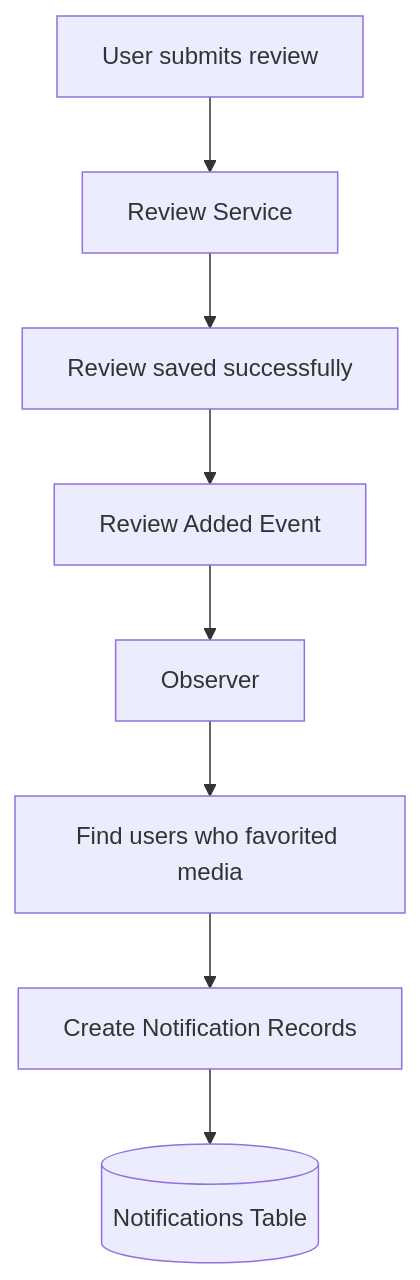
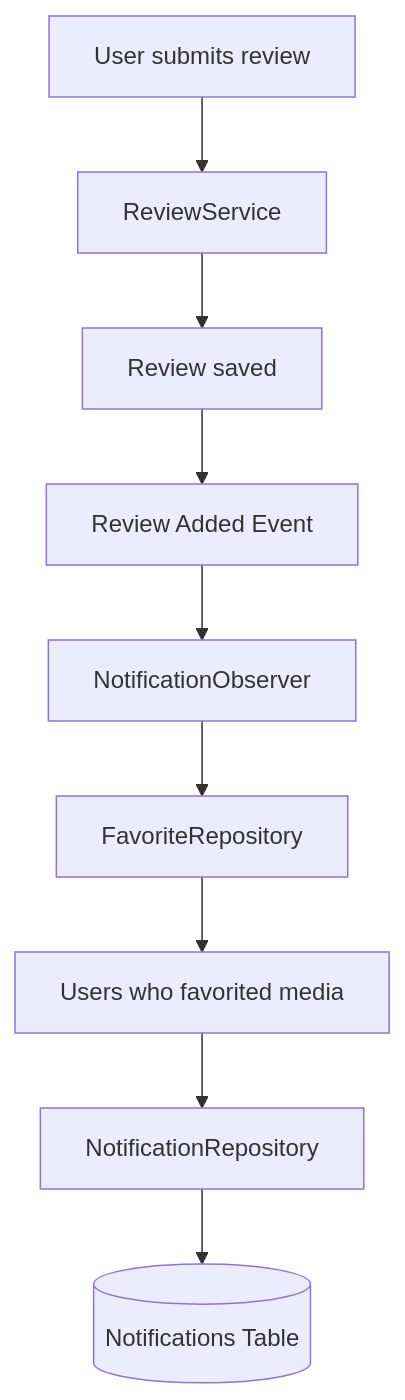
The eighth of 9 diagrams in DESIGN DOC.md (shaikalishamuskaan/MINI_PROJECT), drawn with Mermaid before and after one commit. The commit also changed other lines of this file and 2 other files, not shown here.

````diff
--- a/DESIGN DOC.md
+++ b/DESIGN DOC.md
@@ -689,10 +1272,11 @@
 ```mermaid
 flowchart TD
-    U["User submits review"] --> S["Review Service"]
-    S --> SAVE["Review saved successfully"]
+    U["User submits review"] --> S["ReviewService"]
+    S --> SAVE["Review saved"]
     SAVE --> EVENT["Review Added Event"]
-    EVENT --> O["Observer"]
-    O --> F["Find users who favorited media"]
-    F --> CREATE["Create Notification Records"]
-    CREATE --> N[("Notifications Table")]
+    EVENT --> O["NotificationObserver"]
+    O --> F["FavoriteRepository"]
+    F --> USERS["Users who favorited media"]
+    USERS --> N["NotificationRepository"]
+    N --> DB[("Notifications Table")]
 ```
````
